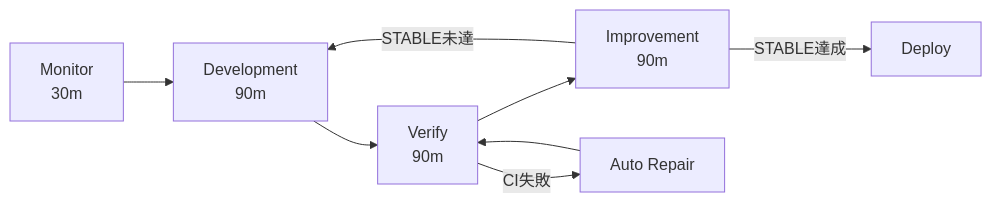
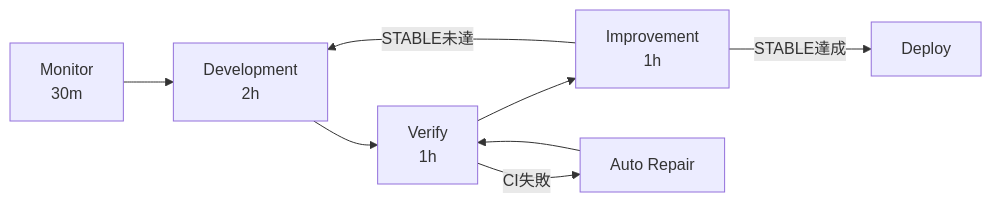
The second of 3 diagrams in README.md (Kensan196948G/ClaudeCLI-CodexCLI-CopilotCLI-StartUpTools-New), drawn with Mermaid before and after one commit. The commit also changed other lines of this file and 15 other files, not shown here.

````diff
--- a/README.md
+++ b/README.md
@@ -51,10 +51,10 @@
 ```mermaid
 flowchart LR
-    M["Monitor<br/>30m"] --> B["Development<br/>90m"]
-    B --> V["Verify<br/>90m"]
-    V --> I["Improvement<br/>90m"]
+    M["Monitor<br/>30m"] --> B["Development<br/>2h"]
+    B --> V["Verify<br/>1h"]
+    V --> I["Improvement<br/>1h"]
     I -->|STABLE未達| B
     I -->|STABLE達成| S["Deploy"]
     V -->|CI失敗| R["Auto Repair"]
     R --> V
 ```
````
